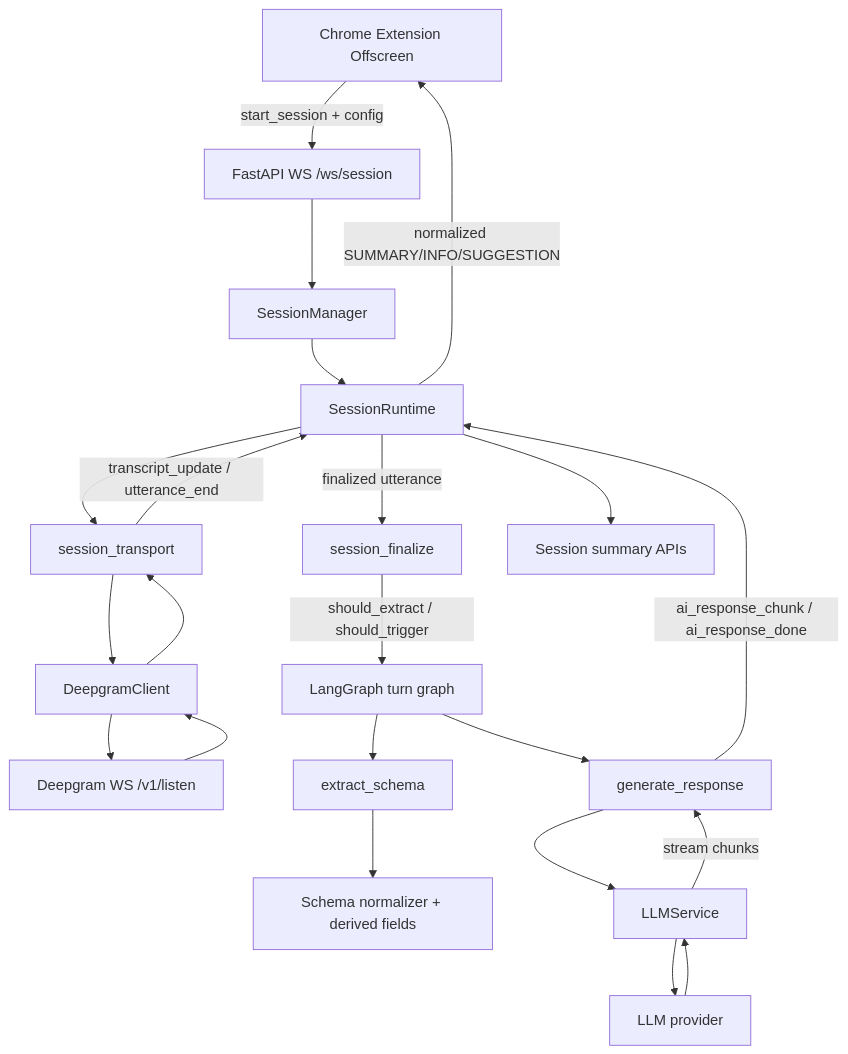
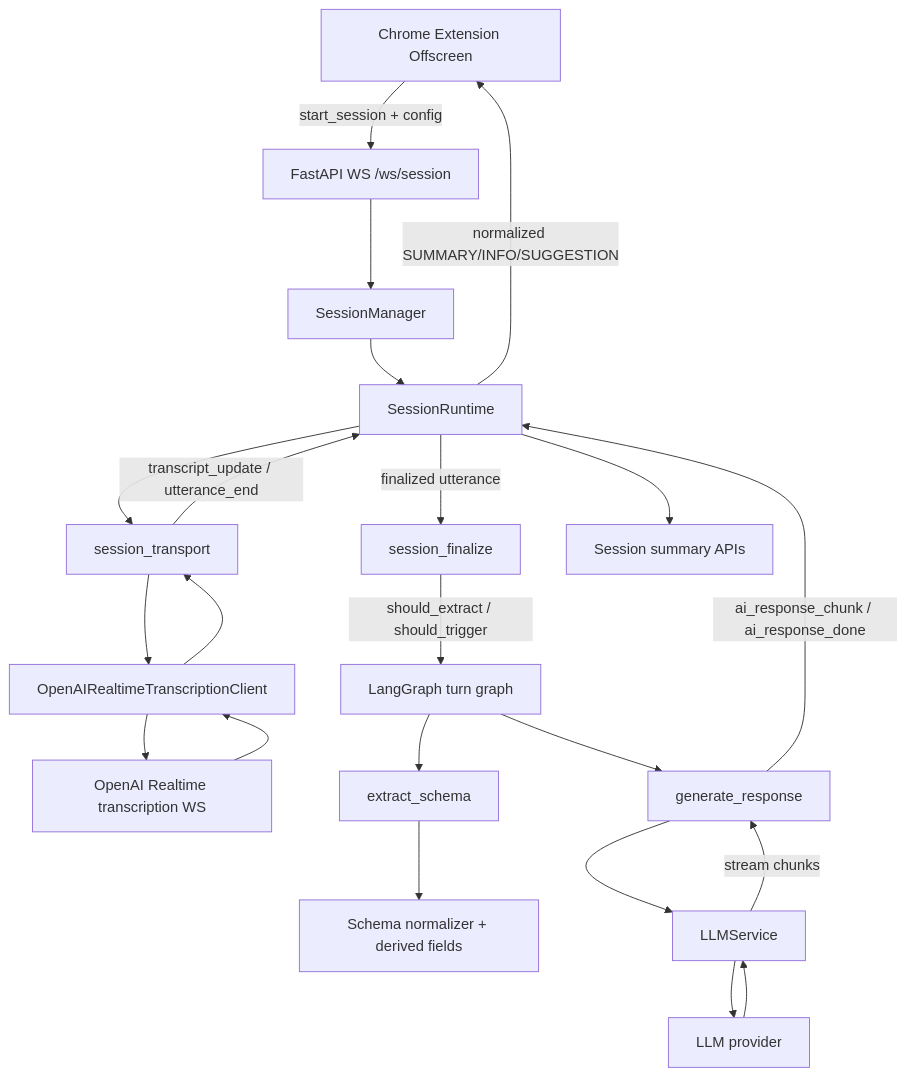
The diagram in docs/backend_ARCHITECTURE.md (amanambak/dual-channel), drawn with Mermaid before and after one commit. The commit also changed other lines of this file and 21 other files, not shown here.

````diff
--- a/docs/backend_ARCHITECTURE.md
+++ b/docs/backend_ARCHITECTURE.md
@@ -9,24 +9,24 @@
 ```mermaid
 graph TD
     EXT[Chrome Extension Offscreen] -->|start_session + config| API[FastAPI WS /ws/session]
     API --> SM[SessionManager]
     SM --> SR[SessionRuntime]
     SR --> ST[session_transport]
-    ST --> DG[DeepgramClient]
-    DG --> DGA[Deepgram WS /v1/listen]
-    DGA --> DG
-    DG --> ST
+    ST --> RT[OpenAIRealtimeTranscriptionClient]
+    RT --> OAI[OpenAI Realtime transcription WS]
+    OAI --> RT
+    RT --> ST
     ST -->|transcript_update / utterance_end| SR
     SR -->|finalized utterance| SF[session_finalize]
     SF -->|should_extract / should_trigger| LG[LangGraph turn graph]
     LG --> EX[extract_schema]
     EX --> SN[Schema normalizer + derived fields]
     LG --> GR[generate_response]
     GR --> LC[LLMService]
     LC --> API2[LLM provider]
     API2 --> LC
     LC -->|stream chunks| GR
     GR -->|ai_response_chunk / ai_response_done| SR
     SR -->|normalized SUMMARY/INFO/SUGGESTION| EXT
     SR --> SUM[Session summary APIs]
 ```
````
